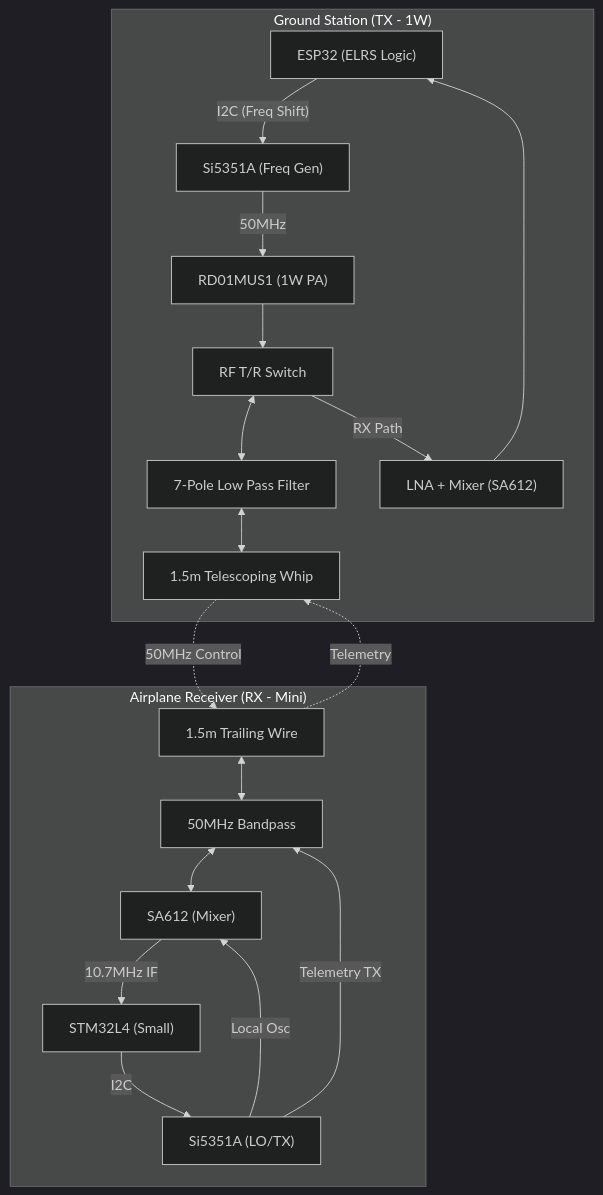
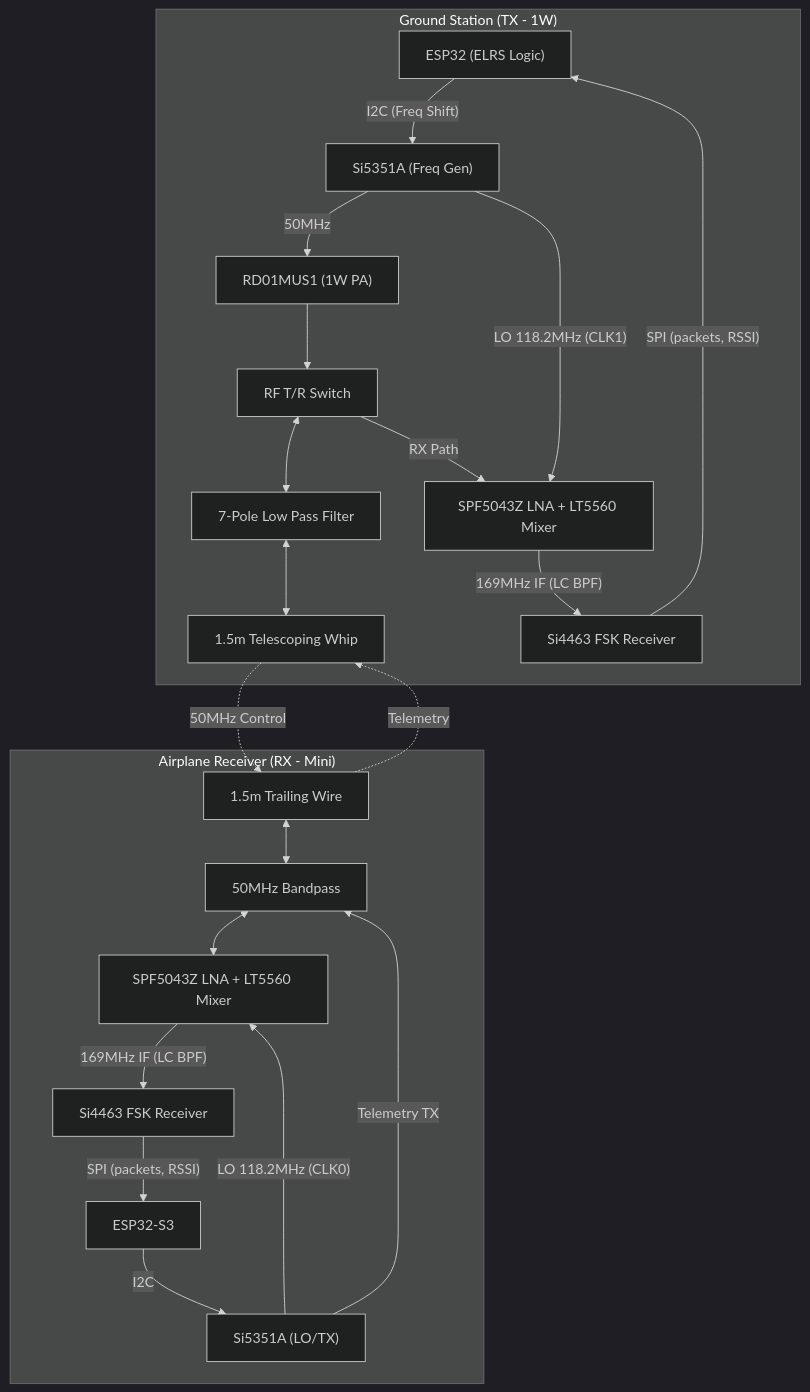
One commit to ne9n/RC_6m changed the diagram in System_Docs/6m_ham_rc_transceiver_design.md. Above: the diagram before and after it, drawn with Mermaid (dark theme). The commit also changed other lines of this file and 29 other files, not shown here.

First line of the commit message:
Move receive chain to Si4463 upconversion; fix RX/TX schematic wiring

````diff
--- a/System_Docs/6m_ham_rc_transceiver_design.md
+++ b/System_Docs/6m_ham_rc_transceiver_design.md
@@ -15,35 +15,39 @@
 ```mermaid
 graph TD
     subgraph "Ground Station (TX - 1W)"
         G_MCU["ESP32 (ELRS Logic)"]
         G_Si["Si5351A (Freq Gen)"]
         G_PA["RD01MUS1 (1W PA)"]
         G_LPF["7-Pole Low Pass Filter"]
         G_Switch["RF T/R Switch"]
         G_Whip["1.5m Telescoping Whip"]
 
         G_MCU -- "I2C (Freq Shift)" --> G_Si
         G_Si -- "50MHz" --> G_PA
         G_PA --> G_Switch
         G_Switch <--> G_LPF <--> G_Whip
-        G_Switch -- "RX Path" --> G_LNA["LNA + Mixer (SA612)"]
-        G_LNA --> G_MCU
+        G_Switch -- "RX Path" --> G_LNA["SPF5043Z LNA + LT5560 Mixer"]
+        G_Si -- "LO 118.2MHz (CLK1)" --> G_LNA
+        G_LNA -- "169MHz IF (LC BPF)" --> G_RX["Si4463 FSK Receiver"]
+        G_RX -- "SPI (packets, RSSI)" --> G_MCU
     end
 
     subgraph "Airplane Receiver (RX - Mini)"
-        A_MCU["STM32L4 (Small)"]
+        A_MCU["ESP32-S3"]
         A_Si["Si5351A (LO/TX)"]
-        A_Mixer["SA612 (Mixer)"]
+        A_Mixer["SPF5043Z LNA + LT5560 Mixer"]
+        A_RX["Si4463 FSK Receiver"]
         A_BPF["50MHz Bandpass"]
         A_Wire["1.5m Trailing Wire"]
 
         A_Wire <--> A_BPF <--> A_Mixer
-        A_Si -- "Local Osc" --> A_Mixer
-        A_Mixer -- "10.7MHz IF" --> A_MCU
+        A_Si -- "LO 118.2MHz (CLK0)" --> A_Mixer
+        A_Mixer -- "169MHz IF (LC BPF)" --> A_RX
+        A_RX -- "SPI (packets, RSSI)" --> A_MCU
         A_Si -- "Telemetry TX" --> A_BPF
         A_MCU -- "I2C" --> A_Si
     end
 
     G_Whip -. "50MHz Control" .-> A_Wire
     A_Wire -. "Telemetry" .-> G_Whip
 ```
````
